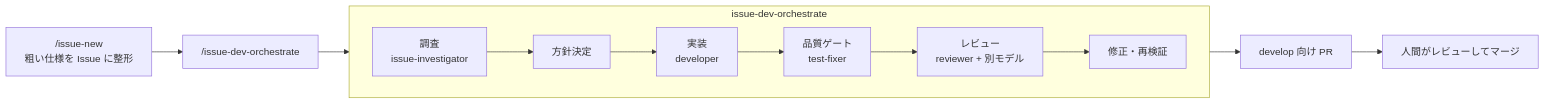
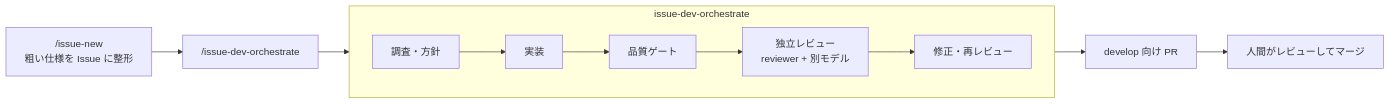
Before and after one commit to sakatai11/tech-study-lab: the diagram in README.md, drawn with Mermaid. The commit also changed other lines of this file and 32 other files, not shown here.

````diff
--- a/README.md
+++ b/README.md
@@ -72,11 +72,11 @@
 ```mermaid
 flowchart LR
   A["/issue-new<br/>粗い仕様を Issue に整形"] --> B["/issue-dev-orchestrate"]
   subgraph B2["issue-dev-orchestrate"]
     direction LR
-    I["調査<br/>issue-investigator"] --> P["方針決定"] --> D["実装<br/>developer"] --> T["品質ゲート<br/>test-fixer"] --> R["レビュー<br/>reviewer + 別モデル"] --> F["修正・再検証"]
+    I["調査・方針"] --> D["実装"] --> T["品質ゲート"] --> R["独立レビュー<br/>reviewer + 別モデル"] --> F["修正・再レビュー"]
   end
   B --> I
   F --> PR["develop 向け PR"]
   PR --> H["人間がレビューしてマージ"]
 ```
````
